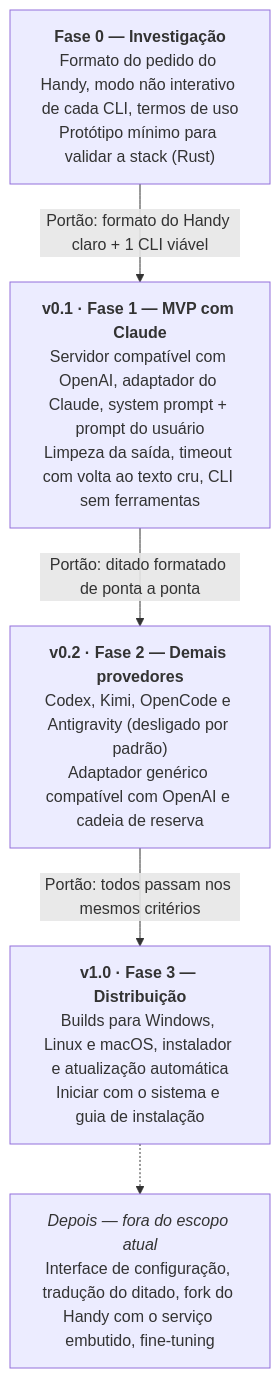
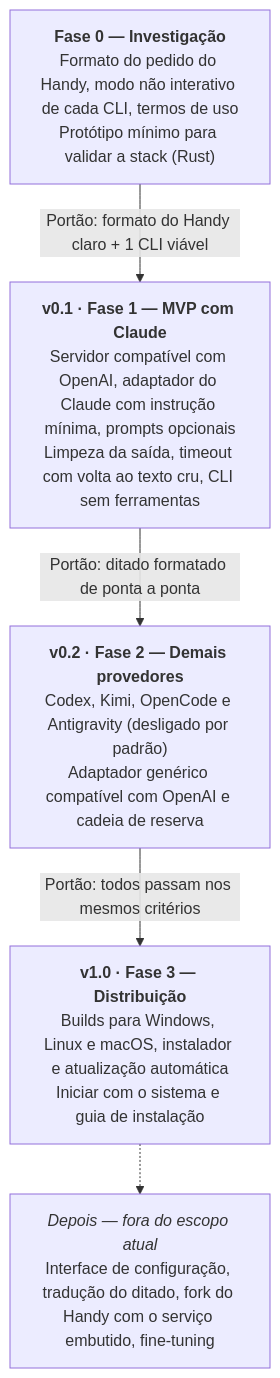
Before and after one commit to brasillero/pumice: the second of 2 diagrams in docs/product.pt-BR.md, drawn with Mermaid. The commit also changed other lines of this file and 2 other files, not shown here.

First line of the commit message:
docs: move formatting prompts to Handy, make Pumice prompts optional

````diff
--- a/docs/product.pt-BR.md
+++ b/docs/product.pt-BR.md
@@ -210,12 +211,12 @@
 ```mermaid
 flowchart TB
     F0["<b>Fase 0 — Investigação</b><br/>Formato do pedido do Handy, modo não interativo de cada CLI, termos de uso<br/>Protótipo mínimo para validar a stack (Rust)"]
-    F1["<b>v0.1 · Fase 1 — MVP com Claude</b><br/>Servidor compatível com OpenAI, adaptador do Claude, system prompt + prompt do usuário<br/>Limpeza da saída, timeout com volta ao texto cru, CLI sem ferramentas"]
+    F1["<b>v0.1 · Fase 1 — MVP com Claude</b><br/>Servidor compatível com OpenAI, adaptador do Claude com instrução mínima, prompts opcionais<br/>Limpeza da saída, timeout com volta ao texto cru, CLI sem ferramentas"]
     F2["<b>v0.2 · Fase 2 — Demais provedores</b><br/>Codex, Kimi, OpenCode e Antigravity (desligado por padrão)<br/>Adaptador genérico compatível com OpenAI e cadeia de reserva"]
     F3["<b>v1.0 · Fase 3 — Distribuição</b><br/>Builds para Windows, Linux e macOS, instalador e atualização automática<br/>Iniciar com o sistema e guia de instalação"]
     L["<i>Depois — fora do escopo atual</i><br/>Interface de configuração, tradução do ditado, fork do Handy com o serviço embutido, fine-tuning"]
     F0 -- "Portão: formato do Handy claro + 1 CLI viável" --> F1
     F1 -- "Portão: ditado formatado de ponta a ponta" --> F2
     F2 -- "Portão: todos passam nos mesmos critérios" --> F3
     F3 -.-> L
 ```
````
